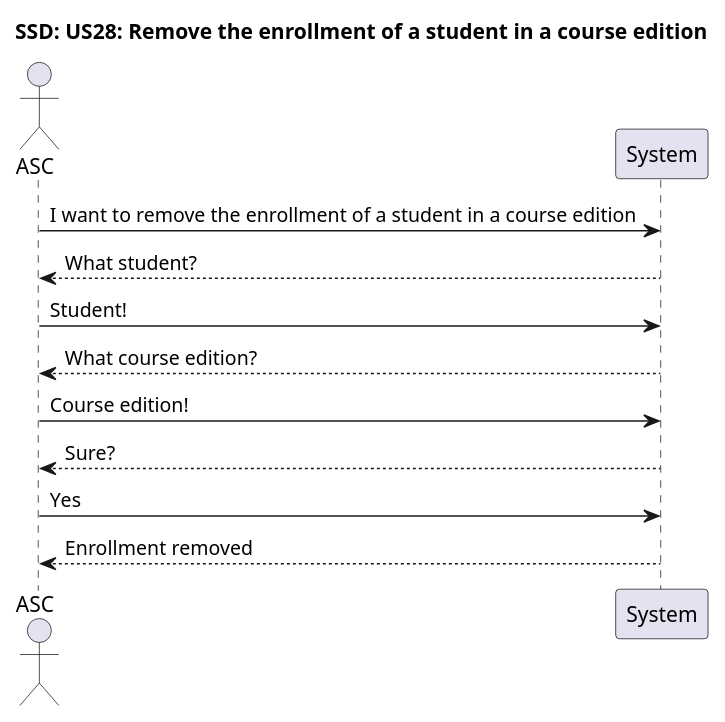
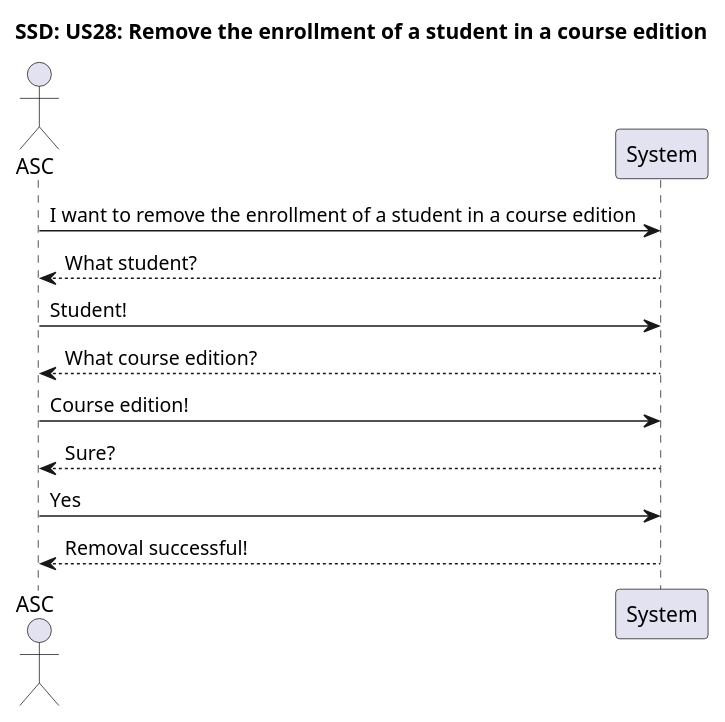
The diagram in docs/US28/US28_RemoveTheEnrollmentOfAStudentInACourseEdition_SSD.puml (GasparISEP/DevOps-PAI), drawn with PlantUML before and after one commit.

Commit message:
Fix US28_SSD: Change success message to 'Removal successful'

```diff
--- a/docs/US28/US28_RemoveTheEnrollmentOfAStudentInACourseEdition_SSD.puml
+++ b/docs/US28/US28_RemoveTheEnrollmentOfAStudentInACourseEdition_SSD.puml
@@ -1,17 +1,17 @@
 @startuml
 
 title SSD: US28: Remove the enrollment of a student in a course edition
 
 actor ASC
 participant "System" as UI
 
 ASC -> UI : I want to remove the enrollment of a student in a course edition
 UI --> ASC : What student?
 ASC -> UI : Student!
 UI --> ASC : What course edition?
 ASC -> UI : Course edition!
 UI --> ASC : Sure?
 ASC -> UI : Yes
-UI --> ASC : Enrollment removed
+UI --> ASC : Removal successful!
 
 @enduml
```
